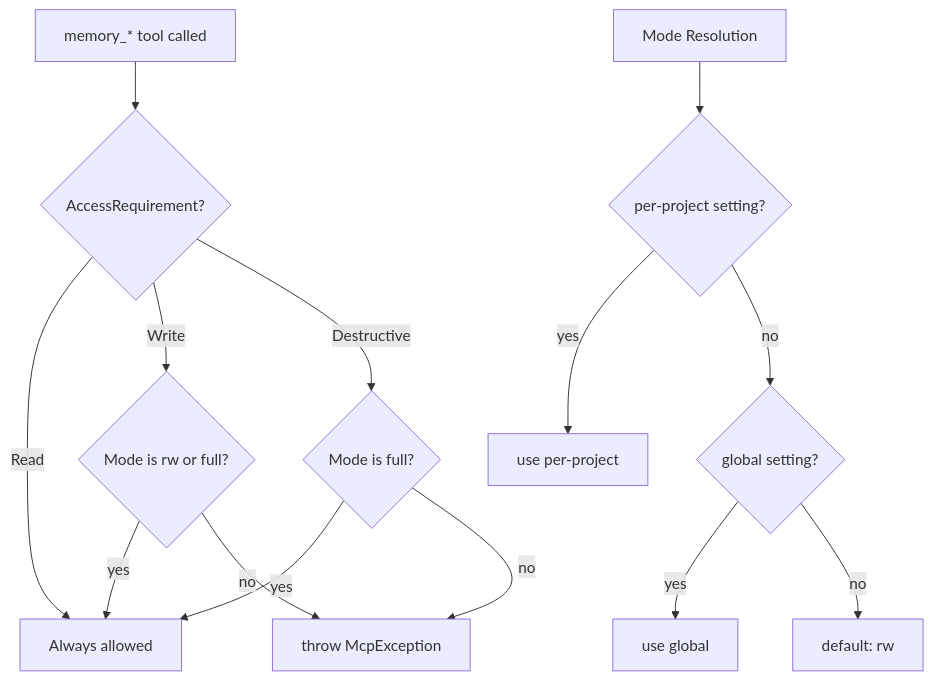
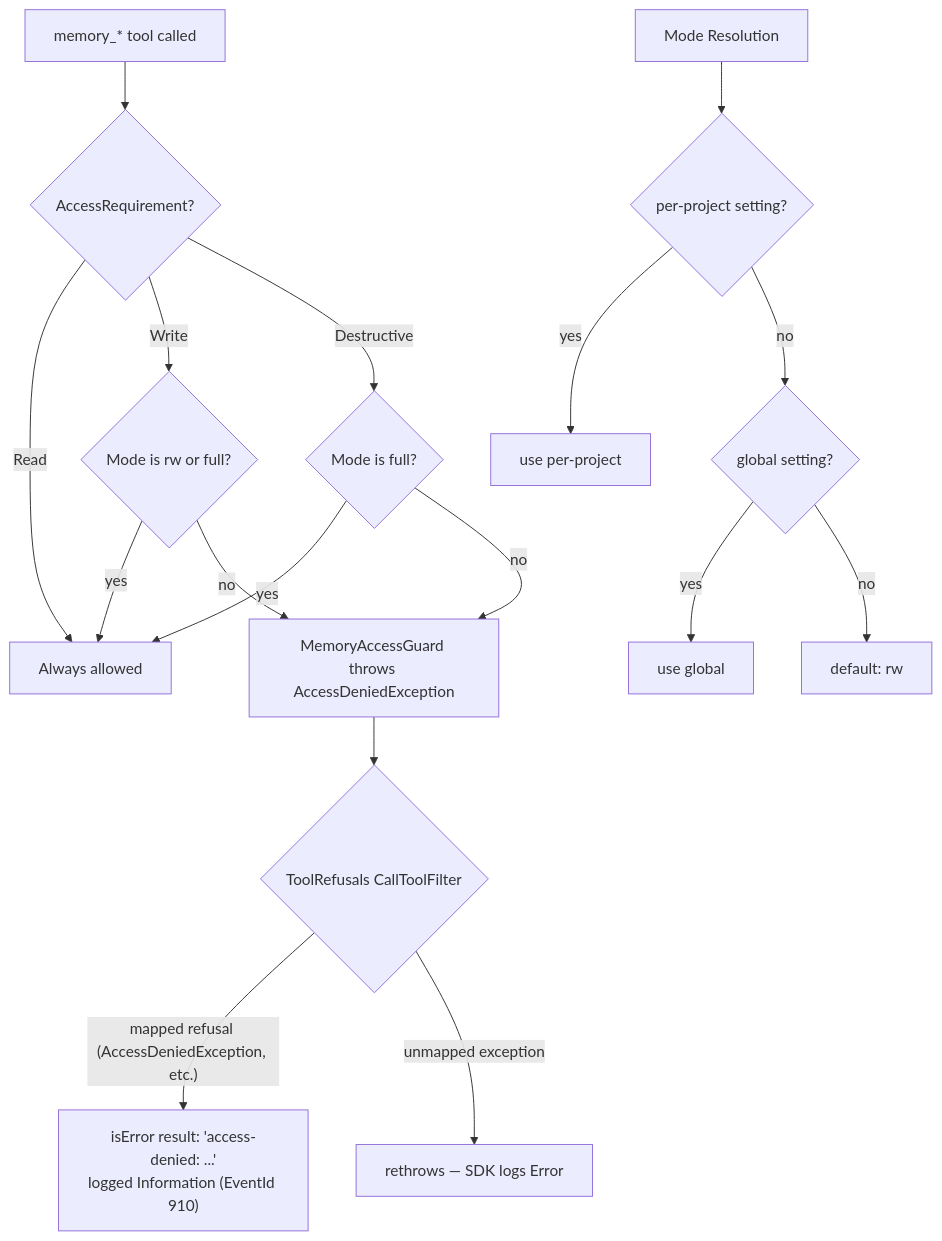
The sixth of 6 diagrams in docs/explanation/architecture.md (Arasz/ai-raccoon), drawn with Mermaid before and after one commit. The commit also changed other lines of this file, not shown here.

First line of the commit message:
docs(architecture): bring the six architecture diagrams up to the current code shape

````diff
--- a/docs/explanation/architecture.md
+++ b/docs/explanation/architecture.md
@@ -381,17 +407,20 @@
 ```mermaid
 flowchart TD
     A["memory_* tool called"] --> B{"AccessRequirement?"}
     B -->|Read| C[Always allowed]
     B -->|Write| D{"Mode is rw or full?"}
     B -->|Destructive| E{"Mode is full?"}
     D -->|yes| C
-    D -->|no| F["throw McpException"]
+    D -->|no| F["MemoryAccessGuard throws AccessDeniedException"]
     E -->|yes| C
     E -->|no| F
+    F --> G{"ToolRefusals CallToolFilter"}
+    G -->|"mapped refusal (AccessDeniedException, etc.)"| H["isError result: 'access-denied: ...'<br/>logged Information (EventId 910)"]
+    G -->|unmapped exception| I["rethrows — SDK logs Error"]
 
-    G["Mode Resolution"] --> H{"per-project setting?"}
-    H -->|yes| I["use per-project"]
-    H -->|no| J{"global setting?"}
-    J -->|yes| K["use global"]
-    J -->|no| L["default: rw"]
+    J["Mode Resolution"] --> K{"per-project setting?"}
+    K -->|yes| L["use per-project"]
+    K -->|no| M{"global setting?"}
+    M -->|yes| N["use global"]
+    M -->|no| O["default: rw"]
 ```
````
